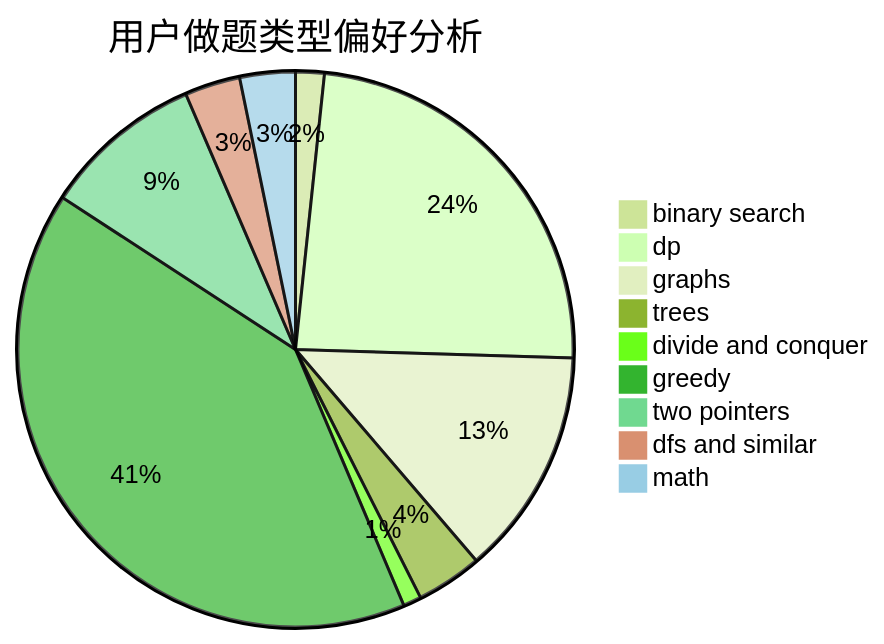
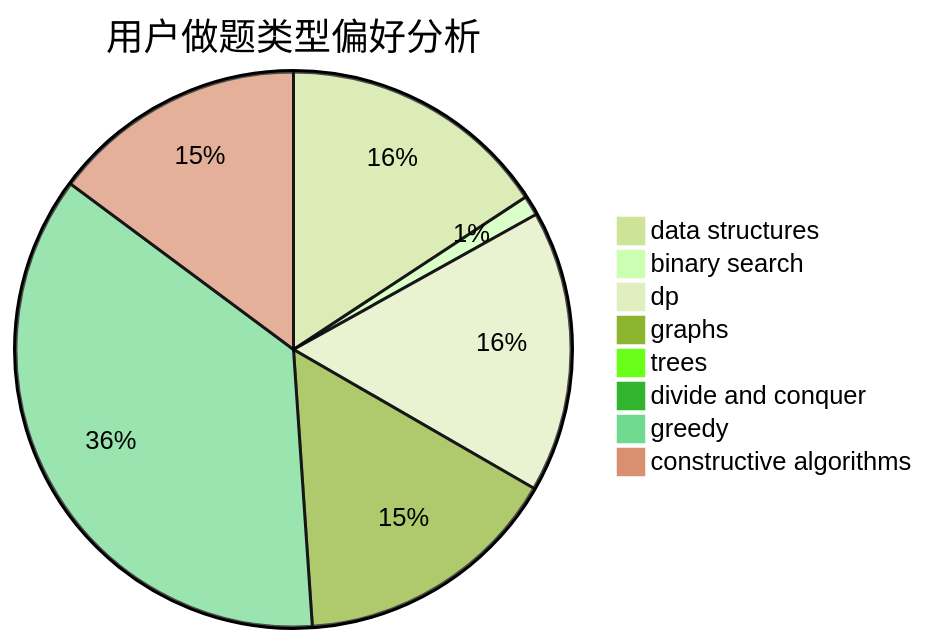
One commit to sherpahu/cfrs.github.io changed the second of 3 diagrams in docs/user/u1481.md. Above: the diagram before and after it, drawn with Mermaid (forest theme). The commit also changed other lines of this file and 2775 other files, not shown here.

````diff
--- a/docs/user/u1481.md
+++ b/docs/user/u1481.md
@@ -23,12 +23,11 @@
 ```mermaid
 pie title 用户做题类型偏好分析
-    "binary search" :  30
-    "dp" :  428
-    "graphs" :  238
-    "trees" :  69
-    "divide and conquer" :  19
-    "greedy" :  729
-    "two pointers" :  168
-    "dfs and similar" :  58
-    "math" :  58
+    "data structures" :  189
+    "binary search" :  14
+    "dp" :  197
+    "graphs" :  187
+    "trees" :  11
+    "divide and conquer" :  0
+    "greedy" :  435
+    "constructive algorithms" :  178
 ```
````
